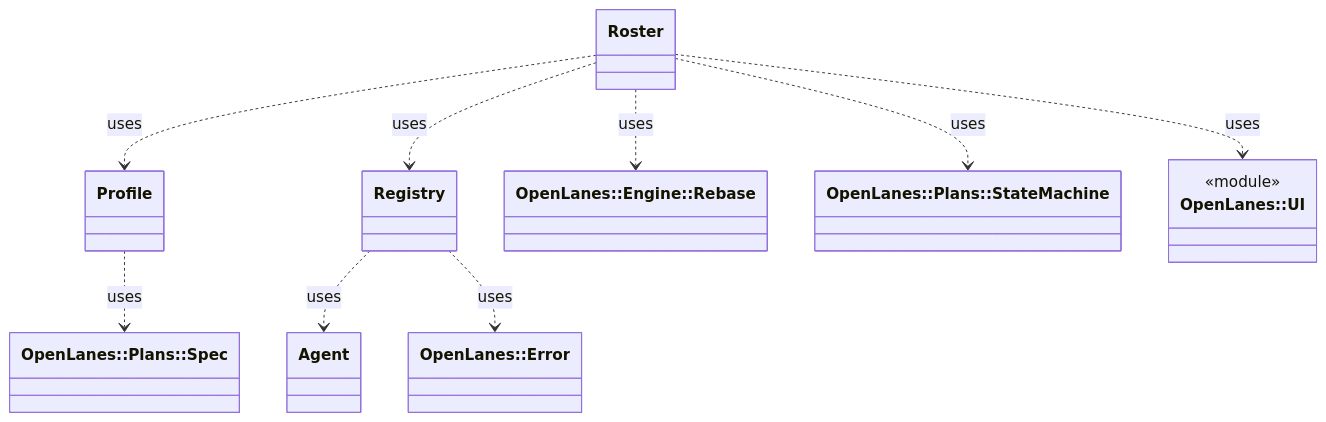
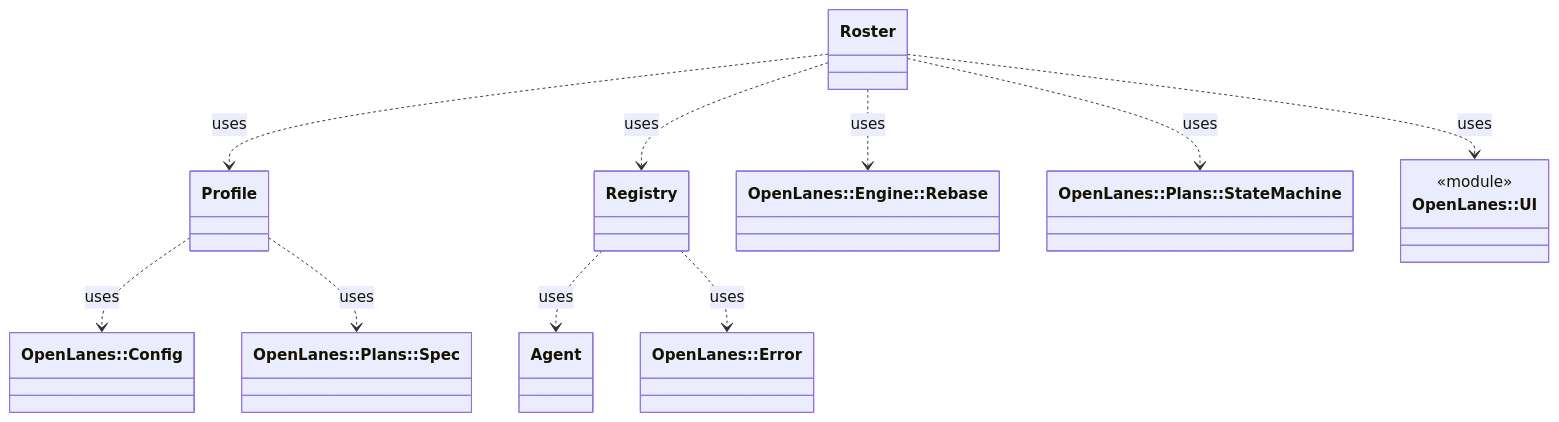
One commit to kigster/openlanes changed the diagram in docs/architecture/openlanes-agents.md. Above: the diagram before and after it, drawn with Mermaid. The commit also changed 3 other files, not shown here.

````diff
--- a/docs/architecture/openlanes-agents.md
+++ b/docs/architecture/openlanes-agents.md
@@ -5,21 +5,23 @@
 ```mermaid
 classDiagram
   class OpenLanes__Agents__Agent["Agent"]
   class OpenLanes__Agents__Profile["Profile"]
   class OpenLanes__Agents__Registry["Registry"]
   class OpenLanes__Agents__Roster["Roster"]
+  class OpenLanes__Config["OpenLanes::Config"]
   class OpenLanes__Engine__Rebase["OpenLanes::Engine::Rebase"]
   class OpenLanes__Error["OpenLanes::Error"]
   class OpenLanes__Plans__Spec["OpenLanes::Plans::Spec"]
   class OpenLanes__Plans__StateMachine["OpenLanes::Plans::StateMachine"]
   class OpenLanes__UI["OpenLanes::UI"]
   <<module>> OpenLanes__UI
+  OpenLanes__Agents__Profile ..> OpenLanes__Config : uses
   OpenLanes__Agents__Profile ..> OpenLanes__Plans__Spec : uses
   OpenLanes__Agents__Registry ..> OpenLanes__Agents__Agent : uses
   OpenLanes__Agents__Registry ..> OpenLanes__Error : uses
   OpenLanes__Agents__Roster ..> OpenLanes__Agents__Profile : uses
   OpenLanes__Agents__Roster ..> OpenLanes__Agents__Registry : uses
   OpenLanes__Agents__Roster ..> OpenLanes__Engine__Rebase : uses
   OpenLanes__Agents__Roster ..> OpenLanes__Plans__StateMachine : uses
   OpenLanes__Agents__Roster ..> OpenLanes__UI : uses
 ```
````
